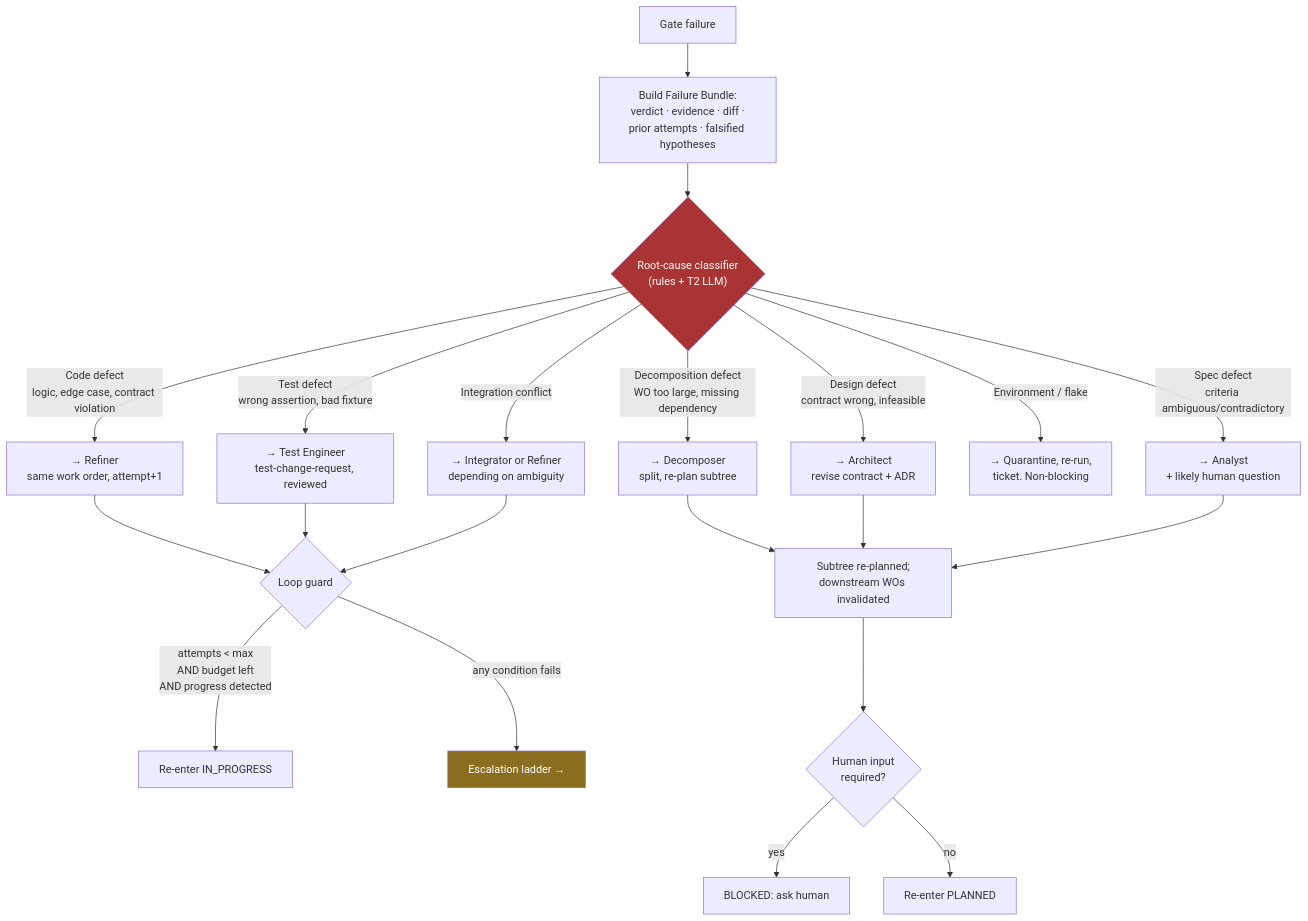
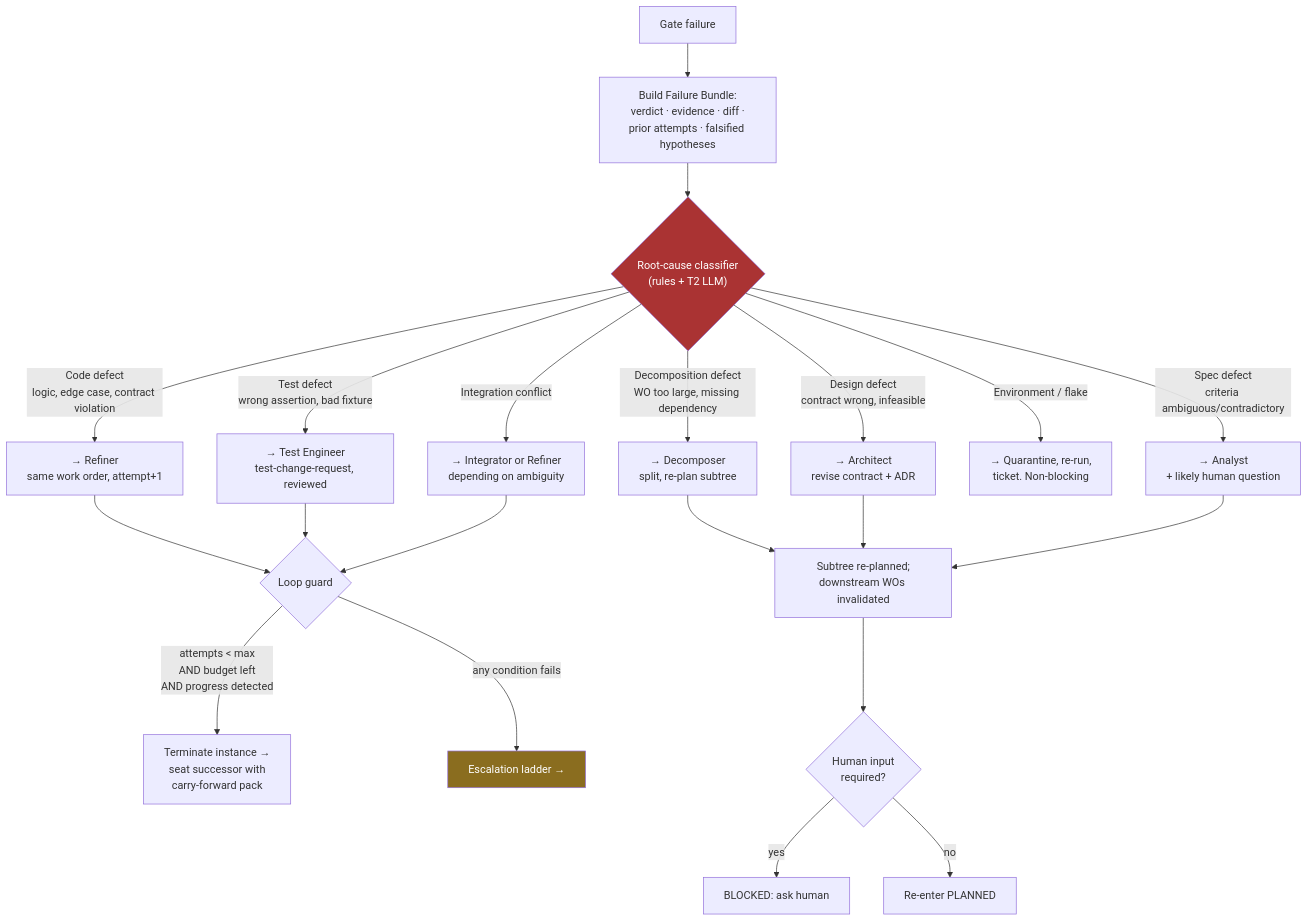
One commit to Kafloosi/Ai-agent-test changed the third of 3 diagrams in docs/03-routing-and-validation.md. Above: the diagram before and after it, drawn with Mermaid. The commit also changed other lines of this file and 10 other files, not shown here.

````diff
--- a/docs/03-routing-and-validation.md
+++ b/docs/03-routing-and-validation.md
@@ -156,30 +156,30 @@
 ```mermaid
 flowchart TB
     FAIL["Gate failure"] --> BUNDLE["Build Failure Bundle:<br/>verdict · evidence · diff ·<br/>prior attempts · falsified hypotheses"]
     BUNDLE --> CLASS{"Root-cause classifier<br/>(rules + T2 LLM)"}
 
     CLASS -->|"Code defect<br/>logic, edge case, contract violation"| C1["→ Refiner<br/>same work order, attempt+1"]
     CLASS -->|"Test defect<br/>wrong assertion, bad fixture"| C2["→ Test Engineer<br/>test-change-request, reviewed"]
     CLASS -->|"Decomposition defect<br/>WO too large, missing dependency"| C3["→ Decomposer<br/>split, re-plan subtree"]
     CLASS -->|"Design defect<br/>contract wrong, infeasible"| C4["→ Architect<br/>revise contract + ADR"]
     CLASS -->|"Spec defect<br/>criteria ambiguous/contradictory"| C5["→ Analyst<br/>+ likely human question"]
     CLASS -->|"Environment / flake"| C6["→ Quarantine, re-run,<br/>ticket. Non-blocking"]
     CLASS -->|"Integration conflict"| C7["→ Integrator or Refiner<br/>depending on ambiguity"]
 
     C1 --> GUARD
     C2 --> GUARD
     C7 --> GUARD
     GUARD{"Loop guard"}
-    GUARD -->|"attempts < max<br/>AND budget left<br/>AND progress detected"| RETRY["Re-enter IN_PROGRESS"]
+    GUARD -->|"attempts < max<br/>AND budget left<br/>AND progress detected"| RETRY["Terminate instance →<br/>seat successor with<br/>carry-forward pack"]
     GUARD -->|"any condition fails"| ESCALATE["Escalation ladder →"]
 
     C3 --> REPLAN["Subtree re-planned;<br/>downstream WOs invalidated"]
     C4 --> REPLAN
     C5 --> REPLAN
     REPLAN --> HUMANQ{"Human input<br/>required?"}
     HUMANQ -- yes --> HQ["BLOCKED: ask human"]
     HUMANQ -- no --> RESCHED["Re-enter PLANNED"]
 
     style CLASS fill:#a33,color:#fff
     style ESCALATE fill:#8a6d1f,color:#fff
 ```
````
